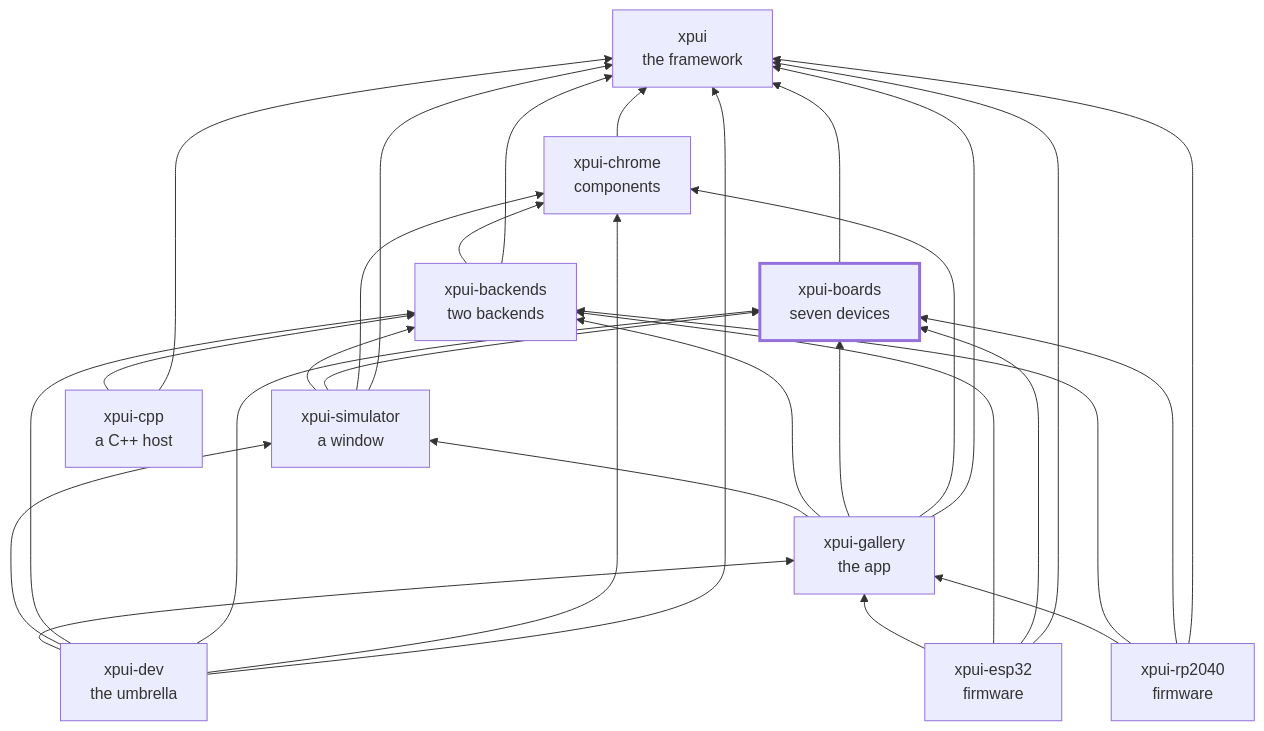
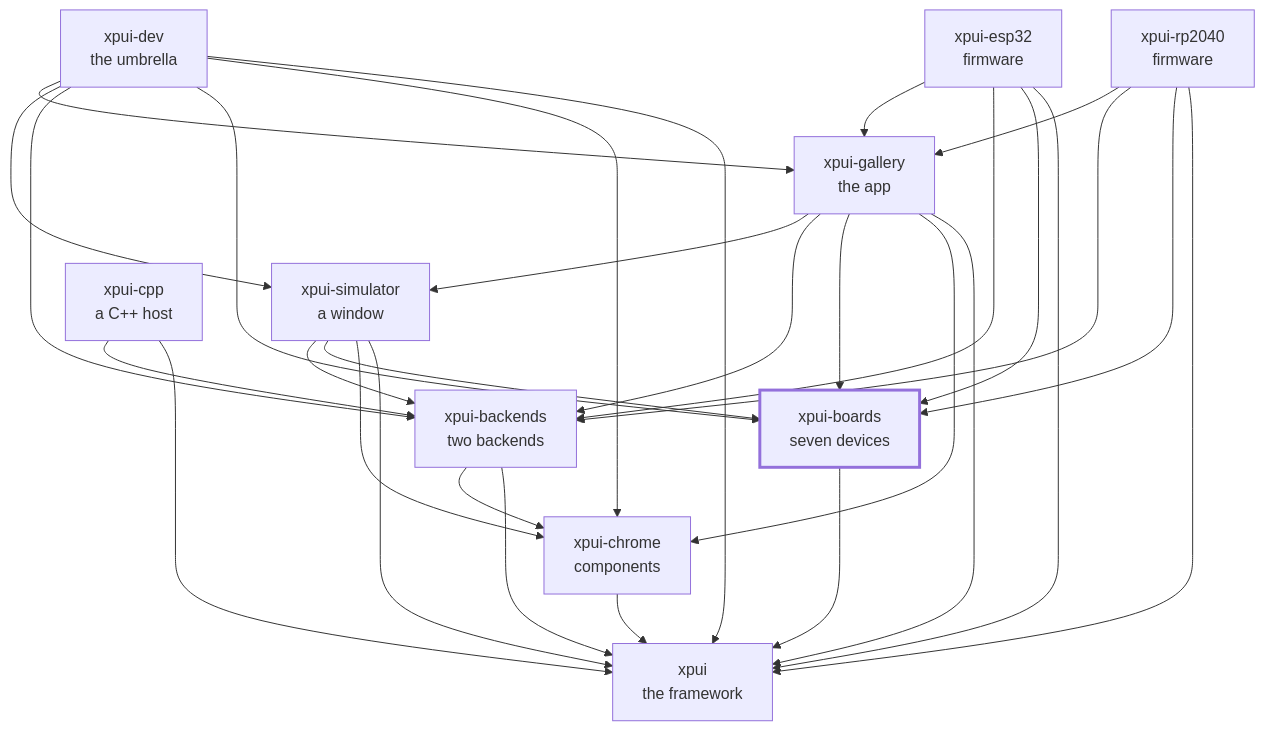
One commit to XPUI-Framework/xpui-boards changed the diagram in README.md. Above: the diagram before and after it, drawn with Mermaid. The commit also changed other lines of this file and 18 other files, not shown here.

````diff
--- a/README.md
+++ b/README.md
@@ -98,43 +96,43 @@
 ```mermaid
-flowchart BT
+flowchart TD
   xpui["xpui<br/>the framework"]
   chrome["xpui-chrome<br/>components"]
   boards["xpui-boards<br/>seven devices"]
   backends["xpui-backends<br/>two backends"]
   simulator["xpui-simulator<br/>a window"]
   gallery["xpui-gallery<br/>the app"]
   rp2040["xpui-rp2040<br/>firmware"]
   esp32["xpui-esp32<br/>firmware"]
   cpp["xpui-cpp<br/>a C++ host"]
   dev["xpui-dev<br/>the umbrella"]
   chrome --> xpui
   boards --> xpui
   backends --> xpui
   backends --> chrome
   simulator --> xpui
   simulator --> chrome
   simulator --> boards
   simulator --> backends
   gallery --> xpui
   gallery --> chrome
   gallery --> boards
   gallery --> backends
   gallery --> simulator
   rp2040 --> xpui
   rp2040 --> boards
   rp2040 --> backends
   rp2040 --> gallery
   esp32 --> xpui
   esp32 --> boards
   esp32 --> backends
   esp32 --> gallery
   cpp --> xpui
   cpp --> backends
   dev --> xpui
   dev --> chrome
   dev --> boards
   dev --> backends
   dev --> simulator
   dev --> gallery
   style boards stroke-width:3px
 ```
````
